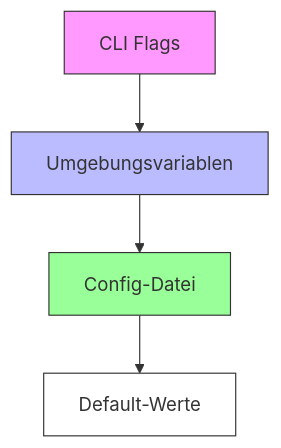
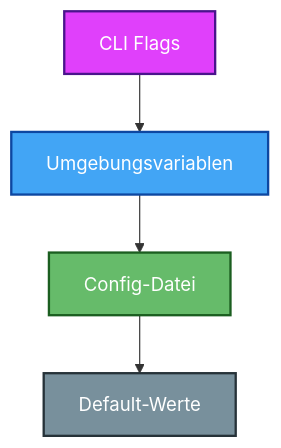
The third of 10 diagrams in map.md (Garante83/DocFlow-), drawn with Mermaid before and after one commit. The commit also changed other lines of this file, not shown here.

````diff
--- a/map.md
+++ b/map.md
@@ -228,11 +245,11 @@
 ```mermaid
 graph TD
     A[CLI Flags] --> B[Umgebungsvariablen]
     B --> C[Config-Datei]
     C --> D[Default-Werte]
     
-    style A fill:#f9f,stroke:#333
-    style B fill:#bbf,stroke:#333
-    style C fill:#9f9,stroke:#333
-    style D fill:#fff,stroke:#333
+    style A fill:#e040fb,stroke:#4a148c,color:#fff,stroke-width:2px
+    style B fill:#42a5f5,stroke:#0d47a1,color:#fff,stroke-width:2px
+    style C fill:#66bb6a,stroke:#1b5e20,color:#fff,stroke-width:2px
+    style D fill:#78909c,stroke:#263238,color:#fff,stroke-width:2px
 ```
````
